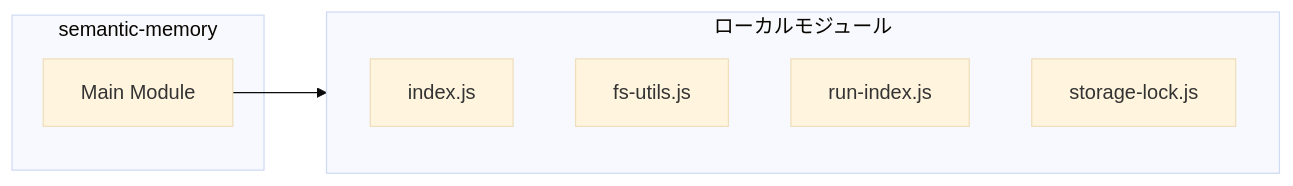
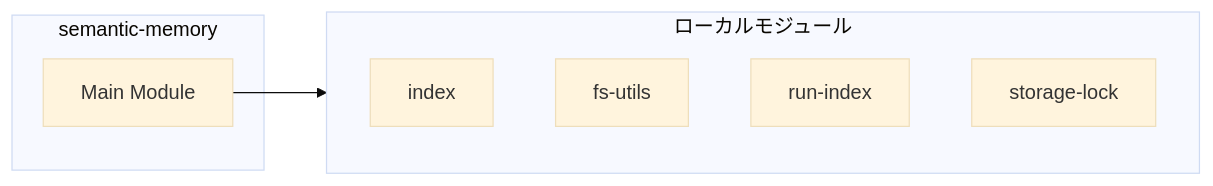
The second of 4 diagrams in ABDD/.pi/lib/semantic-memory.md (Mekann2904/mekann), drawn with Mermaid (base theme) before and after one commit. The commit also changed other lines of this file and 174 other files, not shown here.

First line of the commit message:
fix(docs): ABDDのMermaid図生成エラーを修正する

````diff
--- a/ABDD/.pi/lib/semantic-memory.md
+++ b/ABDD/.pi/lib/semantic-memory.md
@@ -79,13 +79,13 @@
 ```mermaid
 flowchart LR
   subgraph this[semantic-memory]
     main[Main Module]
   end
   subgraph local[ローカルモジュール]
-    index_js["index.js"]
-    fs_utils_js["fs-utils.js"]
-    run_index_js["run-index.js"]
-    storage_lock_js["storage-lock.js"]
+    index["index"]
+    fs_utils["fs-utils"]
+    run_index["run-index"]
+    storage_lock["storage-lock"]
   end
   main --> local
 ```
````
